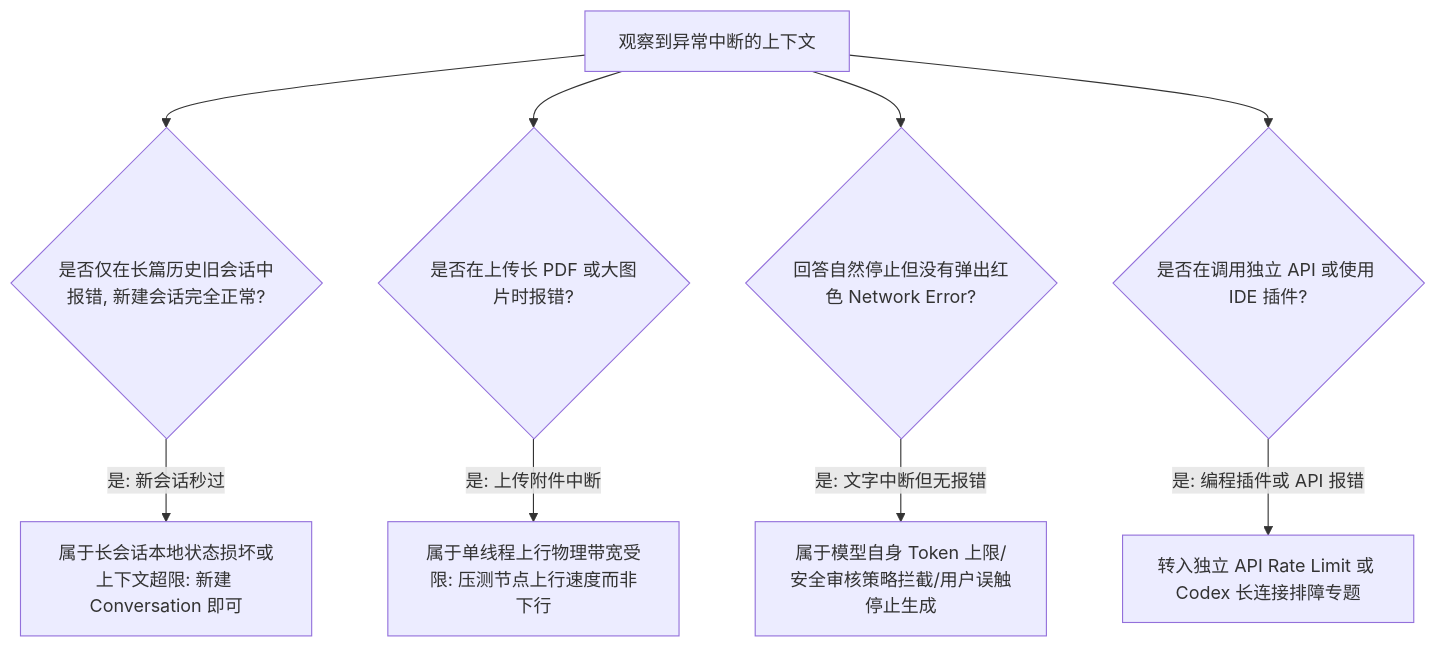
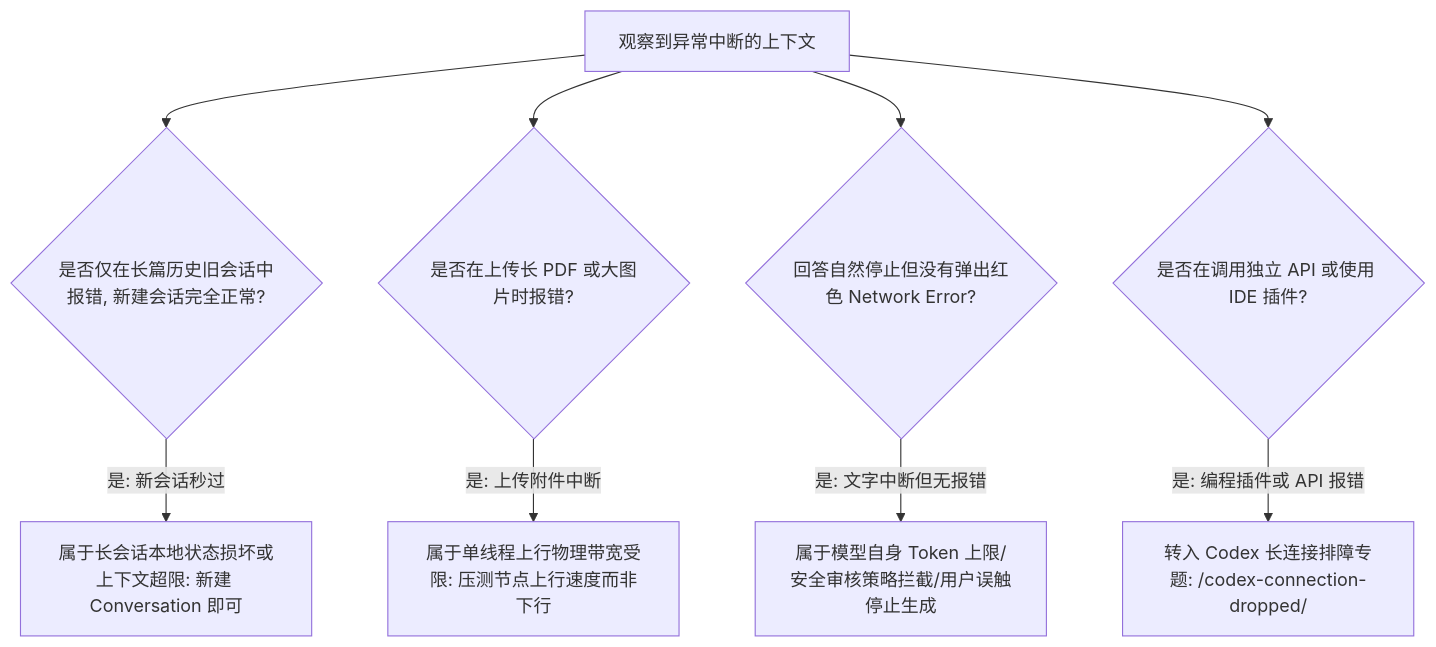
One commit to qweqwe98698-tech/jichangtizi.net changed the eighth of 22 diagrams in src/content/blog/chatgpt-network-error.md. Above: the diagram before and after it, drawn with Mermaid. The commit also changed other lines of this file and 5 other files, not shown here.

Commit message:
feat(seo): add Codex Long Connection Failure Troubleshooting Pillar (/codex-connection-dropped/) with 100 FAQs and full developer diagnostics

````diff
--- a/src/content/blog/chatgpt-network-error.md
+++ b/src/content/blog/chatgpt-network-error.md
@@ -260,14 +260,14 @@
 ```mermaid
 graph TD
     SpecialSymptom[观察到异常中断的上下文] --> Case1{是否仅在长篇历史旧会话中报错, 新建会话完全正常?}
     Case1 -- 是: 新会话秒过 --> Action1[属于长会话本地状态损坏或上下文超限: 新建 Conversation 即可]
     
     SpecialSymptom --> Case2{是否在上传长 PDF 或大图片时报错?}
     Case2 -- 是: 上传附件中断 --> Action2[属于单线程上行物理带宽受限: 压测节点上行速度而非下行]
     
     SpecialSymptom --> Case3{回答自然停止但没有弹出红色 Network Error?}
     Case3 -- 是: 文字中断但无报错 --> Action3[属于模型自身 Token 上限/安全审核策略拦截/用户误触停止生成]
     
     SpecialSymptom --> Case4{是否在调用独立 API 或使用 IDE 插件?}
-    Case4 -- 是: 编程插件或 API 报错 --> Action4[转入独立 API Rate Limit 或 Codex 长连接排障专题]
+    Case4 -- 是: 编程插件或 API 报错 --> Action4["转入 Codex 长连接排障专题: /codex-connection-dropped/"]
 ```
````
